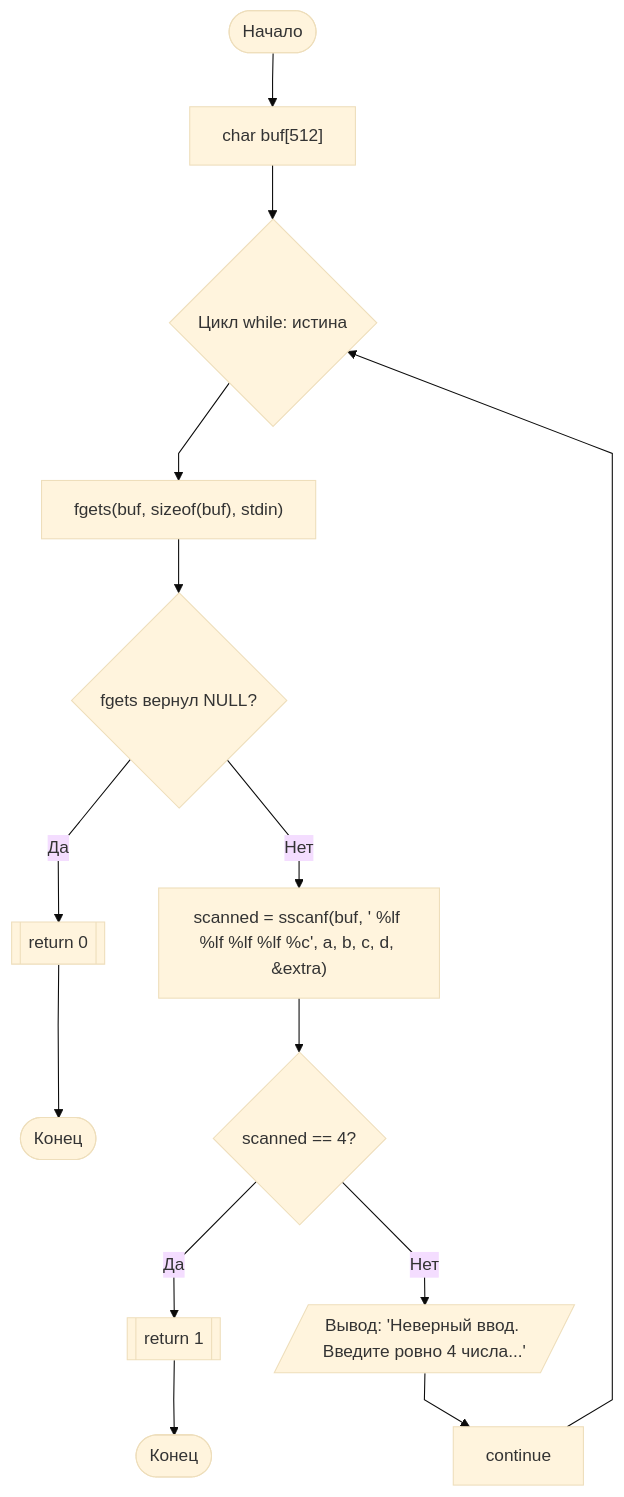
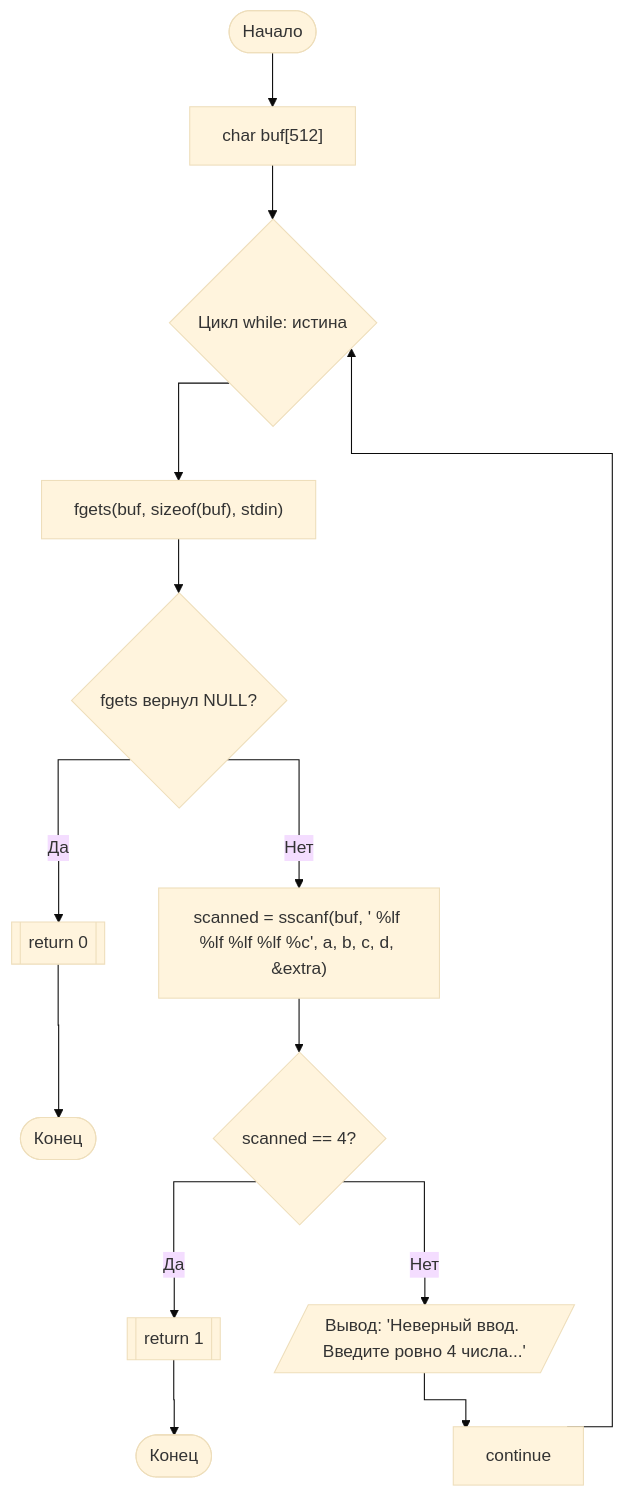
The fourth of 4 diagrams in блок-схема.md (DmitryBulygin086/lab), drawn with Mermaid (base theme) before and after one commit. The commit also changed other lines of this file, not shown here.

````diff
--- a/блок-схема.md
+++ b/блок-схема.md
@@ -144,33 +144,33 @@
 ```mermaid
-%%{init: {'flowchart': {'curve': 'linear'}}}%%
+%%{init: {'flowchart': {'curve': 'stepAfter'}}}%%
 flowchart TD
     Start([Начало])
     Declare["char buf[512]"]
     LoopStart{Цикл while: истина}
     FgetsCall["fgets(buf, sizeof(buf), stdin)"]
     CheckFgets{fgets вернул NULL?}
     ReturnEOF[["return 0"]]
     EndEOF([Конец])
     
     SscanfCall["scanned = sscanf(buf, ' %lf %lf %lf %lf %c', a, b, c, d, &extra)"]
     CheckScanned{"scanned == 4?"}
     ReturnSuccess[["return 1"]]
     EndSuccess([Конец])
     
     PrintError[/"Вывод: 'Неверный ввод. Введите ровно 4 числа...'"/]
     Continue["continue"]
     
     Start --> Declare
     Declare --> LoopStart
     LoopStart --> FgetsCall
     FgetsCall --> CheckFgets
     CheckFgets -->|Да| ReturnEOF
     ReturnEOF --> EndEOF
     CheckFgets -->|Нет| SscanfCall
     SscanfCall --> CheckScanned
     CheckScanned -->|Да| ReturnSuccess
     ReturnSuccess --> EndSuccess
     CheckScanned -->|Нет| PrintError
     PrintError --> Continue
     Continue --> LoopStart
 ```
````
